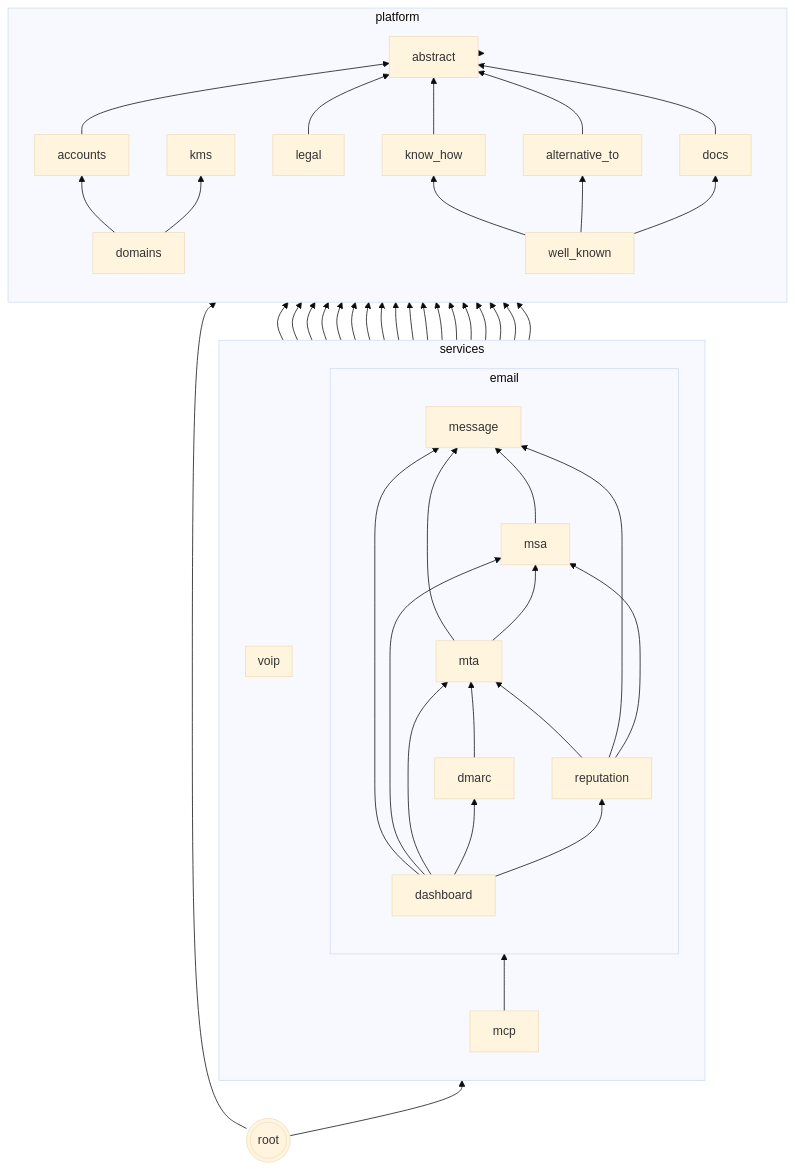
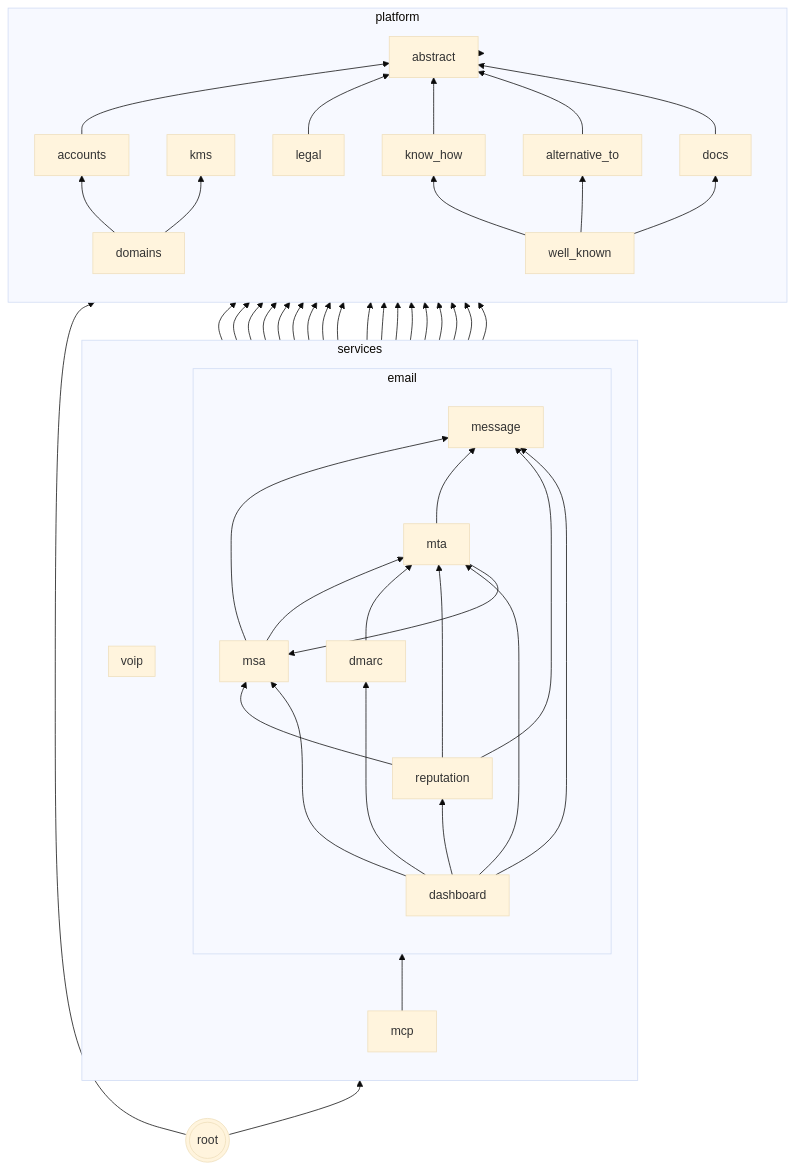
One commit to codingjoe/relay changed the second of 2 diagrams in README.md. Above: the diagram before and after it, drawn with Mermaid (base theme). The commit also changed 23 other files, not shown here.

````diff
--- a/README.md
+++ b/README.md
@@ -372,76 +372,77 @@
 ```mermaid
 graph BT
  abstract[abstract];
  kms[kms];
  subgraph platform
  direction BT
  accounts
  domains
  know_how[know_how]
  alternative_to[alternative_to]
  docs
  legal
  well_known[well_known]
  domains --> accounts
  accounts --> abstract
  domains --> kms
  legal --> abstract
  know_how --> abstract
  alternative_to --> abstract
  docs --> abstract
  well_known --> know_how
  well_known --> alternative_to
  well_known --> docs
  end
  subgraph services
  direction BT
  subgraph email
  direction BT
  dashboard[dashboard]
  message[message]
  msa
  mta
  dmarc
  reputation
  message --> accounts
  message --> domains
  message --> kms
  msa --> message
  msa --> accounts
  msa --> domains
  msa --> kms
+ msa --> mta
  mta --> message
  mta --> msa
  mta --> accounts
  mta --> domains
  mta --> kms
  dmarc --> accounts
  dmarc --> domains
  dmarc --> mta
  reputation --> mta
  reputation --> message
  reputation --> domains
  reputation --> accounts
  reputation --> msa
  dashboard --> message
  dashboard --> msa
  dashboard --> mta
  dashboard --> dmarc
  dashboard --> reputation
  end
  mcp
  mcp --> abstract
  mcp --> accounts
  mcp --> docs
  mcp --> know_how
  mcp --> message
  subgraph voip
  direction BT
  end
  end
  services --> platform;
  platform --> abstract;
  root --> services;
  root --> platform;
  root(((root)))
 ```
````
